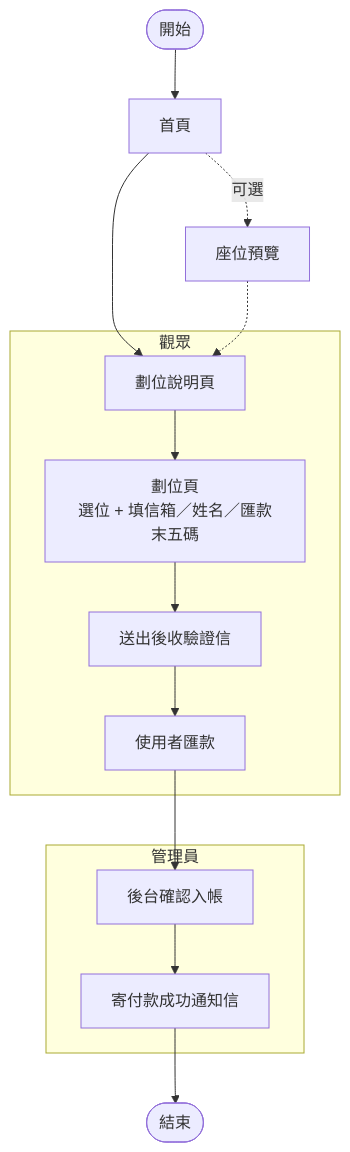
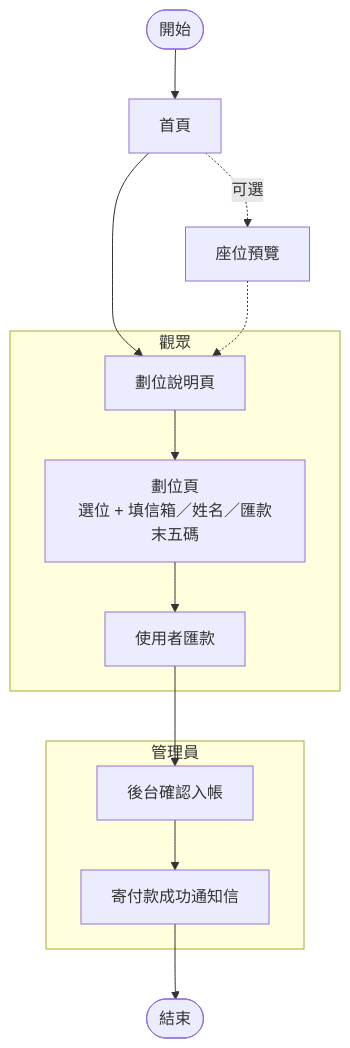
The diagram in README.md (xieyou0608/ntumagic), drawn with Mermaid before and after one commit. The commit also changed other lines of this file and 14 other files, not shown here.

First line of the commit message:
feat: remove email verification flow

````diff
--- a/README.md
+++ b/README.md
@@ -16,20 +16,19 @@
 ```mermaid
 flowchart TD
     Start([開始]) --> Home[首頁]
     Home --> Guide[劃位說明頁]
     Home -. 可選 .-> Preview[座位預覽]
     Preview -.-> Guide
 
     subgraph 觀眾
         Guide --> Booking[劃位頁<br/>選位 + 填信箱／姓名／匯款末五碼]
-        Booking --> Verify[送出後收驗證信]
-        Verify --> Transfer[使用者匯款]
+        Booking --> Transfer[使用者匯款]
     end
 
     subgraph 管理員
         Confirm[後台確認入帳] --> SendMail[寄付款成功通知信]
     end
 
     Transfer --> Confirm
     SendMail --> End([結束])
 ```
````
